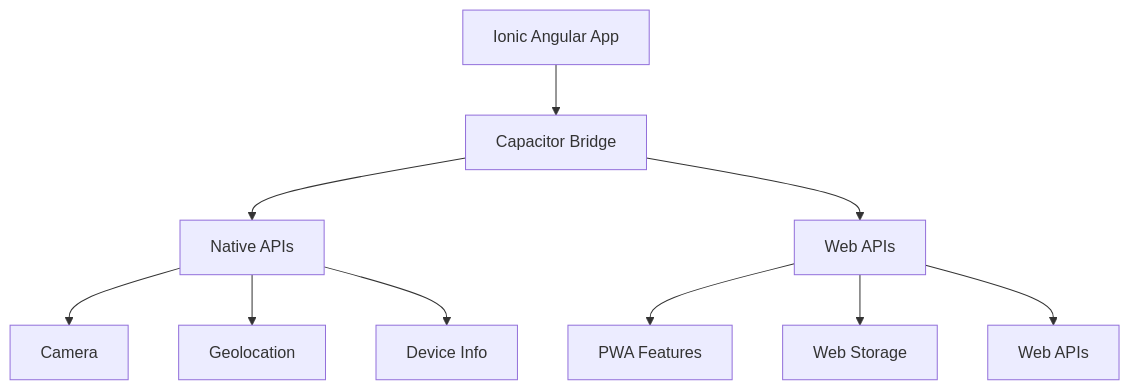
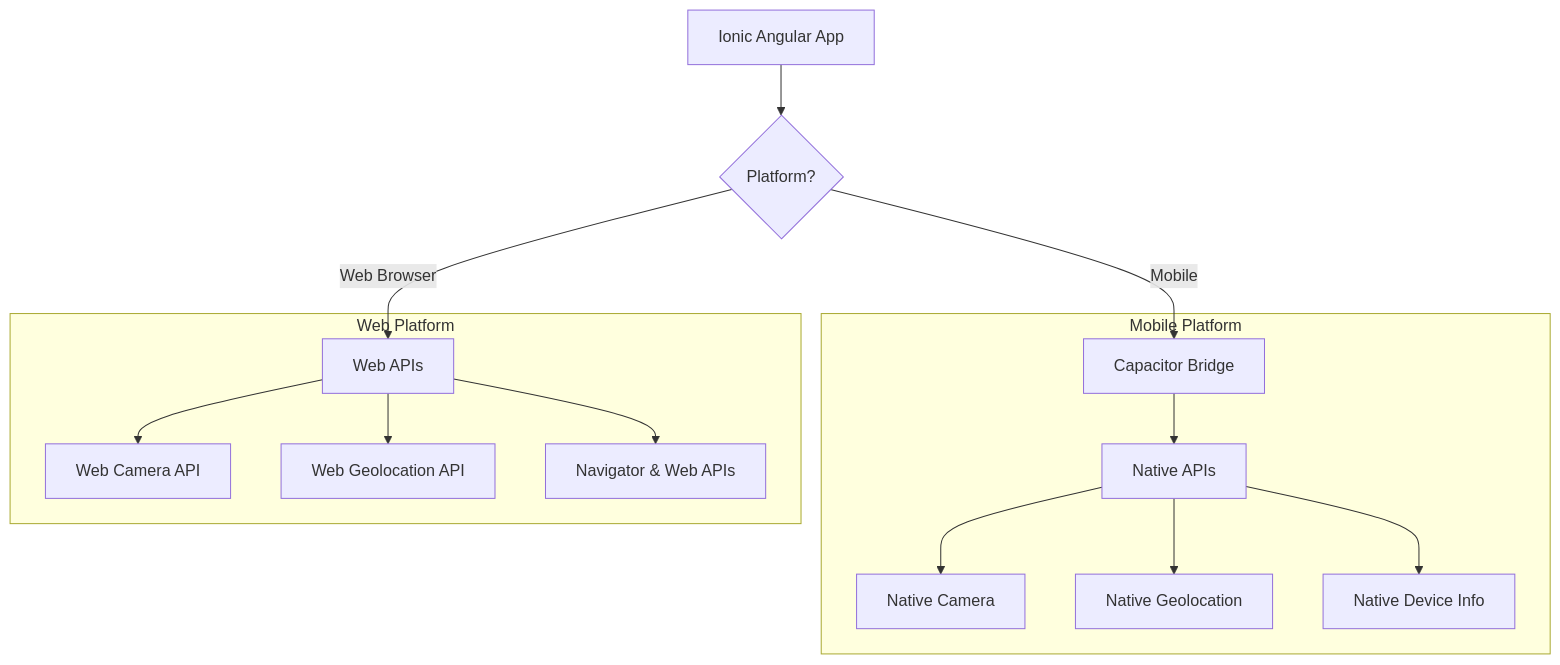
One commit to DanielCreggOrganization/w9-lab-capacitor-sophieboyle1 changed the first of 5 diagrams in README.md. Above: the diagram before and after it, drawn with Mermaid. The commit also changed other lines of this file, not shown here.

````diff
--- a/README.md
+++ b/README.md
@@ -26,12 +15,31 @@
 ```mermaid
 graph TD
-    A[Ionic Angular App] --> B[Capacitor Bridge]
-    B --> C[Native APIs]
-    B --> D[Web APIs]
-    C --> E[Camera]
-    C --> F[Geolocation]
-    C --> G[Device Info]
-    D --> H[PWA Features]
-    D --> I[Web Storage]
-    D --> J[Web APIs]
+    A[Ionic Angular App] --> B{Platform?}
+    B -->|Mobile| C[Capacitor Bridge]
+    B -->|Web Browser| D[Web APIs]
+    
+    C --> E[Native APIs]
+    E --> F[Native Camera]
+    E --> G[Native Geolocation]
+    E --> H[Native Device Info]
+    
+    D --> I[Web Camera API]
+    D --> J[Web Geolocation API]
+    D --> K[Navigator & Web APIs]
+    
+    %% Add explanatory notes
+    subgraph Mobile Platform
+    C
+    E
+    F
+    G
+    H
+    end
+    
+    subgraph Web Platform
+    D
+    I
+    J
+    K
+    end
 ```
````
